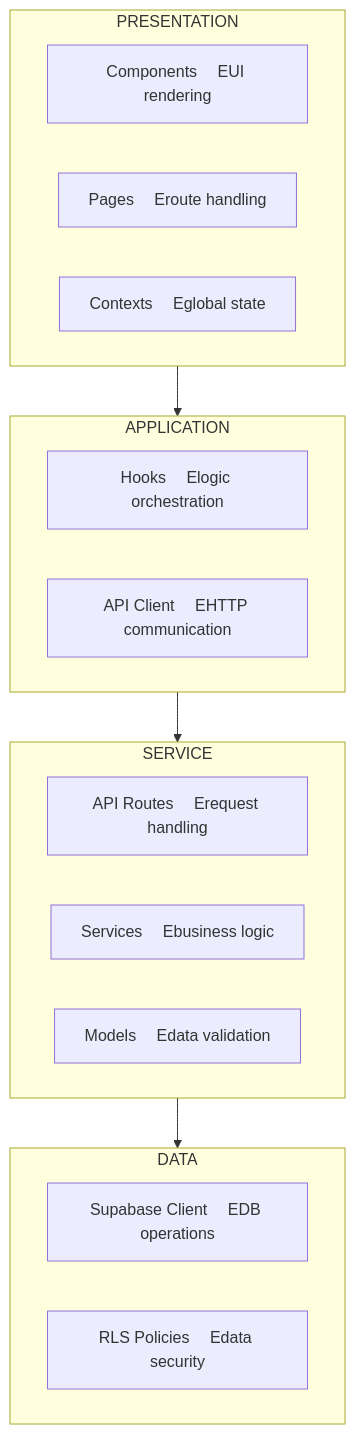
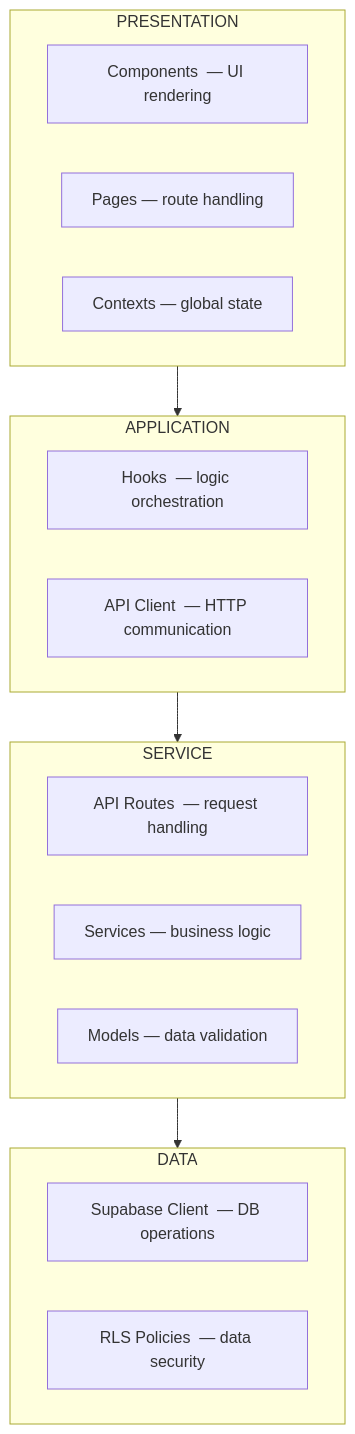
One commit to nyanham/morning-routine-productivity changed the second of 3 diagrams in docs/02-Architecture/01-System-Overview.md. Above: the diagram before and after it, drawn with Mermaid. The commit also changed other lines of this file and 40 other files, not shown here.

````diff
--- a/docs/02-Architecture/01-System-Overview.md
+++ b/docs/02-Architecture/01-System-Overview.md
@@ -65,28 +65,28 @@
 ```mermaid
 flowchart TB
     subgraph PRESENTATION["PRESENTATION"]
-        Components["Components  EUI rendering"]
-        Pages["Pages  Eroute handling"]
-        Contexts["Contexts  Eglobal state"]
+        Components["Components  — UI rendering"]
+        Pages["Pages  — route handling"]
+        Contexts["Contexts  — global state"]
     end
 
     subgraph APPLICATION["APPLICATION"]
-        Hooks["Hooks  Elogic orchestration"]
-        APIClient["API Client  EHTTP communication"]
+        Hooks["Hooks  — logic orchestration"]
+        APIClient["API Client  — HTTP communication"]
     end
 
     subgraph SERVICE["SERVICE"]
-        Routes["API Routes  Erequest handling"]
-        Services["Services  Ebusiness logic"]
-        Models["Models  Edata validation"]
+        Routes["API Routes  — request handling"]
+        Services["Services  — business logic"]
+        Models["Models  — data validation"]
     end
 
     subgraph DATA["DATA"]
-        Supabase["Supabase Client  EDB operations"]
-        RLS["RLS Policies  Edata security"]
+        Supabase["Supabase Client  — DB operations"]
+        RLS["RLS Policies  — data security"]
     end
 
     PRESENTATION --> APPLICATION
     APPLICATION --> SERVICE
     SERVICE --> DATA
 ```
````
